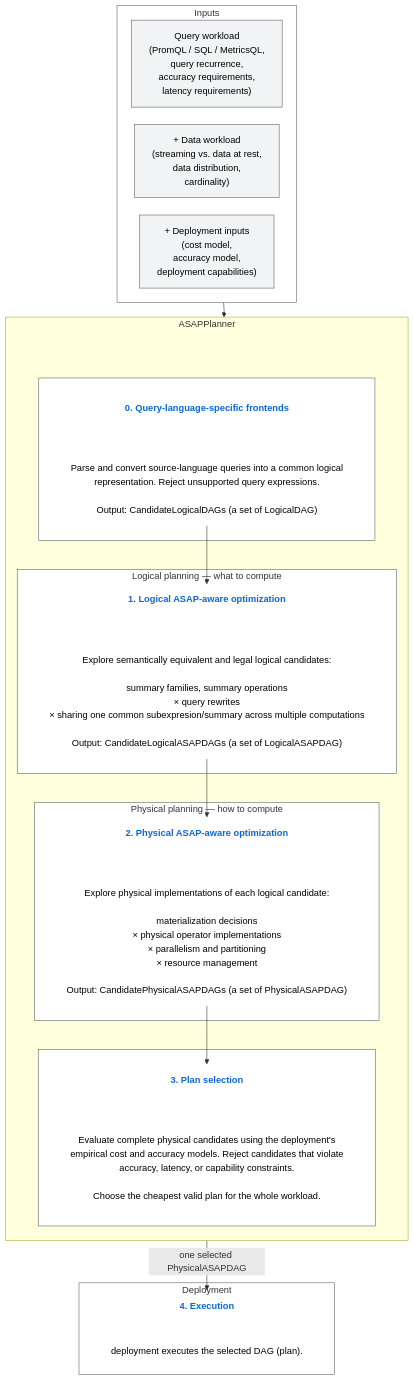
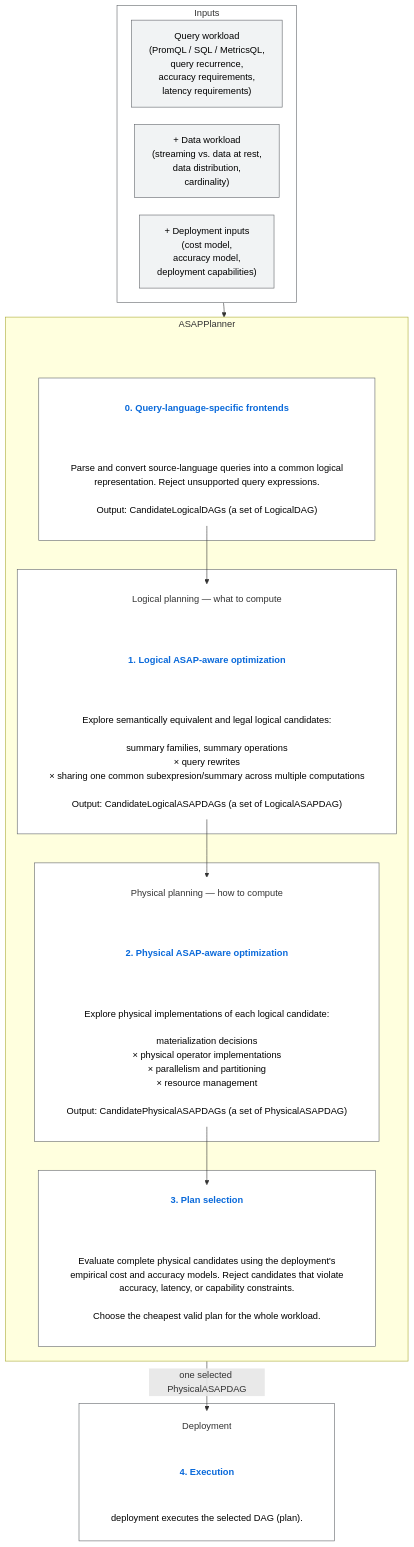
One commit to ProjectASAP/ASAPPlanner changed the first of 11 diagrams in docs/design_docs/proposals/planner-layering.md. Above: the diagram before and after it, drawn with Mermaid.

Commit message:
docs: keep the overview figure's arrows clear of the group titles

````diff
--- a/docs/design_docs/proposals/planner-layering.md
+++ b/docs/design_docs/proposals/planner-layering.md
@@ -186,72 +186,79 @@
 ```mermaid
 %%{init: {"flowchart": {"wrappingWidth": 900, "nodeSpacing": 30, "rankSpacing": 25}}}%%
 flowchart TB
   subgraph INPUTS["Inputs"]
     direction LR
     QW["Query workload<br/>(PromQL / SQL / MetricsQL,<br/>query recurrence,<br/>accuracy requirements,<br/>latency requirements)"]:::input
     DW["+ Data workload<br/>(streaming vs. data at rest,<br/>data distribution,<br/>cardinality)"]:::input
     DI["+ Deployment inputs<br/>(cost model,<br/>accuracy model,<br/>deployment capabilities)"]:::input
   end
 
   subgraph PLANNER["ASAPPlanner"]
     direction TB
     TOP[" "]:::anchor
     TOP ~~~ H0
     subgraph ST0[" "]
       H0["0. Query-language-specific frontends"]:::title
       B0["Parse and convert source-language queries into a common logical<br/>representation. Reject unsupported query expressions.<br/><br/>Output: CandidateLogicalDAGs (a set of LogicalDAG)"]:::body
       H0 ~~~ B0
     end
 
-    subgraph LOGICAL["Logical planning — what to compute"]
+    subgraph LOGICAL[" "]
+      LT["Logical planning — what to compute"]:::group
+      LT ~~~ H1
       H1["1. Logical ASAP-aware optimization"]:::title
       B1["Explore semantically equivalent and legal logical candidates:<br/><br/>summary families, summary operations<br/>× query rewrites<br/>× sharing one common subexpresion/summary across multiple computations<br/><br/>Output: CandidateLogicalASAPDAGs (a set of LogicalASAPDAG)"]:::body
       H1 ~~~ B1
     end
 
-    subgraph PHYSICAL["Physical planning — how to compute"]
+    subgraph PHYSICAL[" "]
+      PT["Physical planning — how to compute"]:::group
+      PT ~~~ H2
       H2["2. Physical ASAP-aware optimization"]:::title
       B2["Explore physical implementations of each logical candidate:<br/><br/>materialization decisions<br/>× physical operator implementations<br/>× parallelism and partitioning<br/>× resource management<br/><br/>Output: CandidatePhysicalASAPDAGs (a set of PhysicalASAPDAG)"]:::body
       H2 ~~~ B2
     end
 
     subgraph ST3[" "]
       H3["3. Plan selection"]:::title
       B3["Evaluate complete physical candidates using the deployment's<br/>empirical cost and accuracy models. Reject candidates that violate<br/>accuracy, latency, or capability constraints.<br/><br/>Choose the cheapest valid plan for the whole workload."]:::body
       H3 ~~~ B3
     end
 
-    B0 --> H1
-    B1 --> H2
+    B0 --> LT
+    B1 --> PT
     B2 --> H3
   end
 
-  subgraph DEPLOY["Deployment"]
+  subgraph DEPLOY[" "]
+    DT["Deployment"]:::group
+    DT ~~~ H4
     H4["4. Execution"]:::title
     B4["deployment executes the selected DAG (plan)."]:::body
     H4 ~~~ B4
   end
 
   QW ~~~ TOP
   DW ~~~ TOP
   DI ~~~ TOP
   INPUTS --> TOP
-  B3 -- "one selected PhysicalASAPDAG" --> H4
+  B3 -- "one selected PhysicalASAPDAG" --> DT
 
   click H0 href "#0-language-specific-frontends"
   click H1 href "#1-logical-asap-aware-optimization"
   click H2 href "#2-physical-asap-aware-optimization"
   click H3 href "#3-plan-selection"
   click H4 href "#4-execution"
 
   classDef input fill:#f1f3f4,stroke:#5f6368,color:#000;
   classDef title fill:none,stroke:none,color:#0969da,font-weight:bold;
   classDef anchor fill:none,stroke:none,font-size:1px;
+  classDef group fill:none,stroke:none,color:#333;
   classDef body fill:none,stroke:none,color:#000;
   style INPUTS fill:#fff,stroke:#5f6368;
   style ST0 fill:#fff,stroke:#5f6368;
   style LOGICAL fill:#fff,stroke:#5f6368;
   style PHYSICAL fill:#fff,stroke:#5f6368;
   style ST3 fill:#fff,stroke:#5f6368;
   style DEPLOY fill:#fff,stroke:#5f6368;
 ```
````
